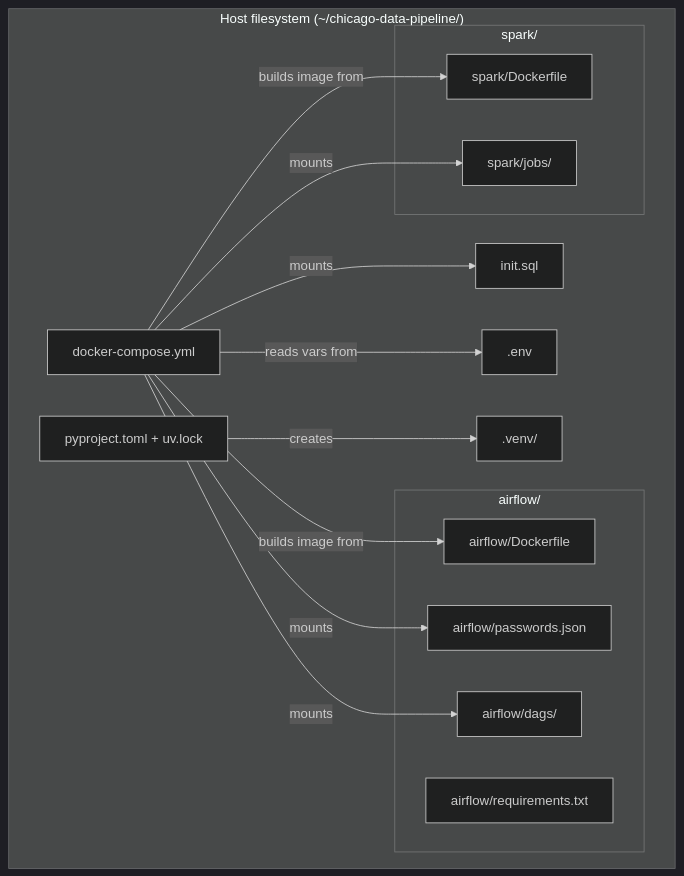
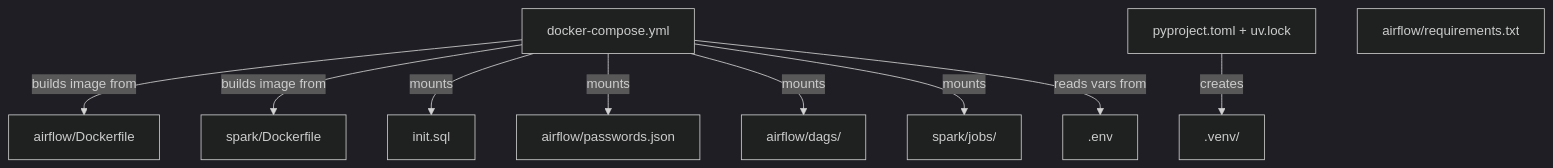
Before and after one commit to SagarMarthandan/chicago-data-pipeline: the first of 9 diagrams in docs/knowledge.md, drawn with Mermaid (dark theme). The commit also changed other lines of this file and 1 other file, not shown here.

Commit message:
v8-phase 1.1 fix documentation

````diff
--- a/docs/knowledge.md
+++ b/docs/knowledge.md
@@ -195,29 +195,23 @@
 ```mermaid
 graph TB
-    subgraph "Host filesystem (~/chicago-data-pipeline/)"
-        DC[docker-compose.yml]
-        ENV[.env]
-        INIT[init.sql]
-        PYPROJ[pyproject.toml + uv.lock]
-        VENV[.venv/]
-        subgraph "airflow/"
-            ADF[airflow/Dockerfile]
-            AREQ[airflow/requirements.txt]
-            APW[airflow/passwords.json]
-            ADAGS[airflow/dags/]
-        end
-        subgraph "spark/"
-            SDF[spark/Dockerfile]
-            SJOBS[spark/jobs/]
-        end
-    end
+    DC[docker-compose.yml]
+    ENV[".env"]
+    INIT[init.sql]
+    PYPROJ["pyproject.toml + uv.lock"]
+    VENV[".venv/"]
+    ADF[airflow/Dockerfile]
+    AREQ[airflow/requirements.txt]
+    APW[airflow/passwords.json]
+    ADAGS["airflow/dags/"]
+    SDF[spark/Dockerfile]
+    SJOBS["spark/jobs/"]
 
     DC -->|builds image from| ADF
     DC -->|builds image from| SDF
     DC -->|mounts| INIT
     DC -->|mounts| APW
     DC -->|mounts| ADAGS
     DC -->|mounts| SJOBS
     DC -->|reads vars from| ENV
     PYPROJ -->|creates| VENV
 ```
````
